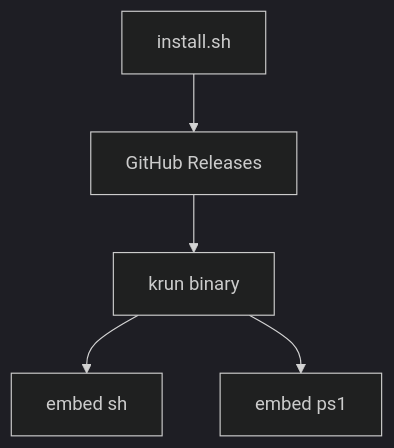
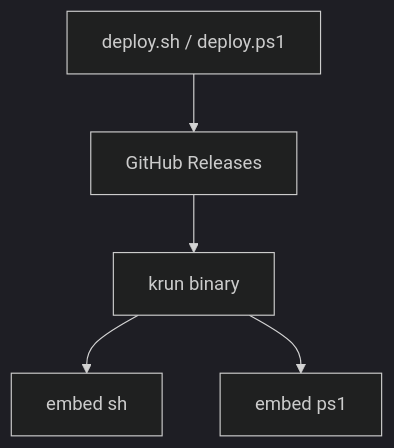
Before and after one commit to kevin197011/krun: the diagram in docs/REQUIREMENTS.md, drawn with Mermaid (dark theme). The commit also changed other lines of this file and 6 other files, not shown here.

````diff
--- a/docs/REQUIREMENTS.md
+++ b/docs/REQUIREMENTS.md
@@ -49,7 +49,7 @@
 ```mermaid
 flowchart TB
-    I["install.sh"] --> R["GitHub Releases"]
+    I["deploy.sh / deploy.ps1"] --> R["GitHub Releases"]
     R --> BIN["krun binary"]
     BIN --> SH["embed sh"]
     BIN --> PS["embed ps1"]
 ```
````
